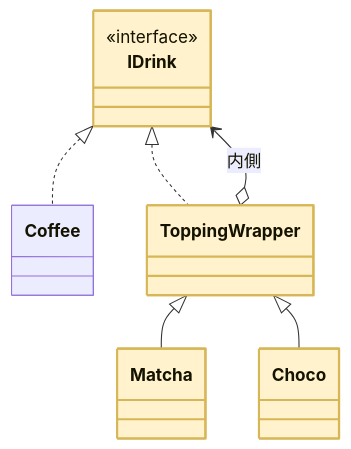
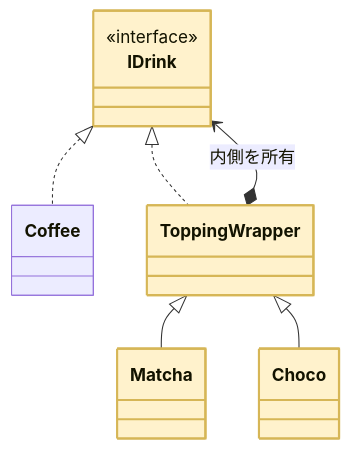
The eighth of 17 diagrams in kindle/design-patterns/output/chapter06.md (kumachan1101-pixel/DesignPattern), drawn with Mermaid before and after one commit. The commit also changed other lines of this file and 23 other files, not shown here.

````diff
--- a/kindle/design-patterns/output/chapter06.md
+++ b/kindle/design-patterns/output/chapter06.md
@@ -1267,18 +1151,18 @@
 ```mermaid
 classDiagram
     class IDrink { <<interface>> }
     class Coffee
     class ToppingWrapper
     class Matcha
     class Choco
     IDrink <|.. Coffee
     IDrink <|.. ToppingWrapper
-    ToppingWrapper o--> IDrink : 内側
+    ToppingWrapper *--> IDrink : 内側を所有
     ToppingWrapper <|-- Matcha
     ToppingWrapper <|-- Choco
     class IDrink:::focus
     class ToppingWrapper:::focus
     class Matcha:::focus
     class Choco:::focus
     classDef focus fill:#FFF2CC,stroke:#D6B656,stroke-width:2px
 ```
````
